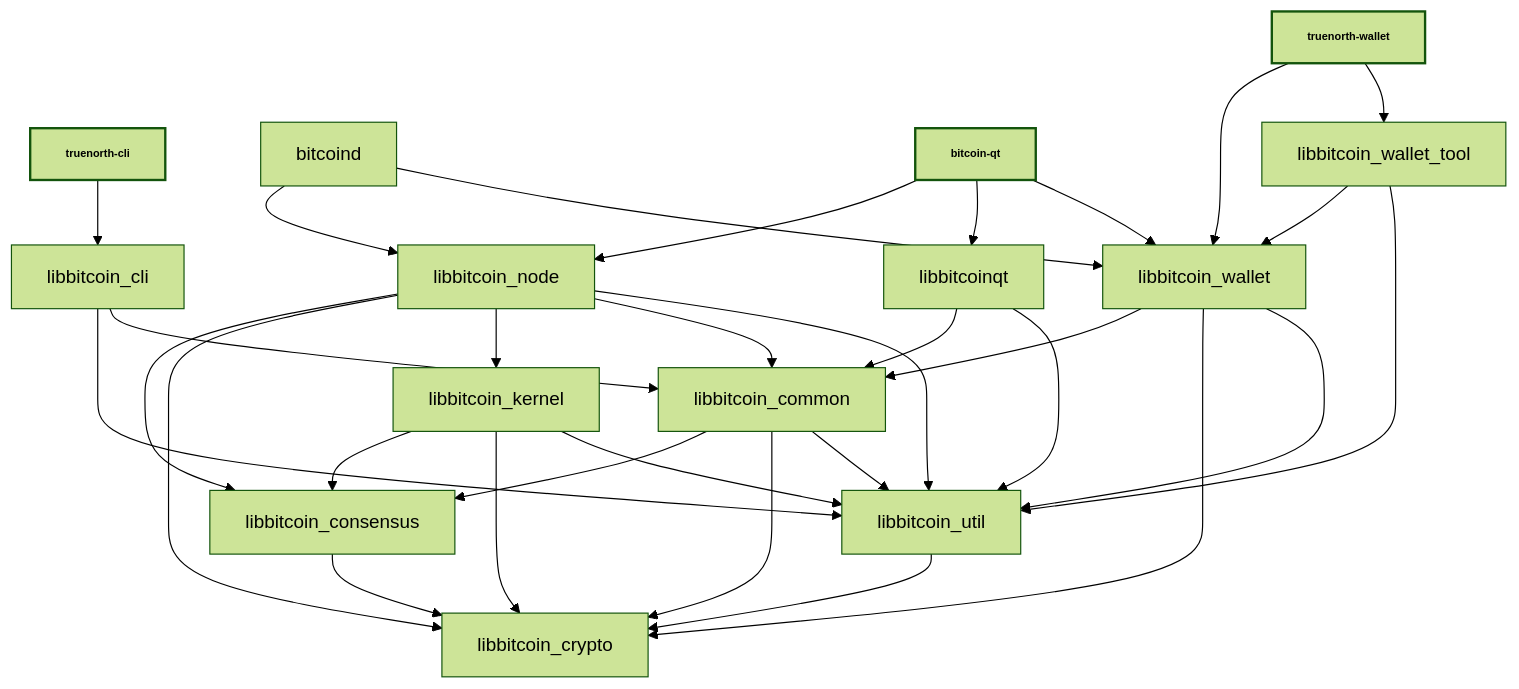
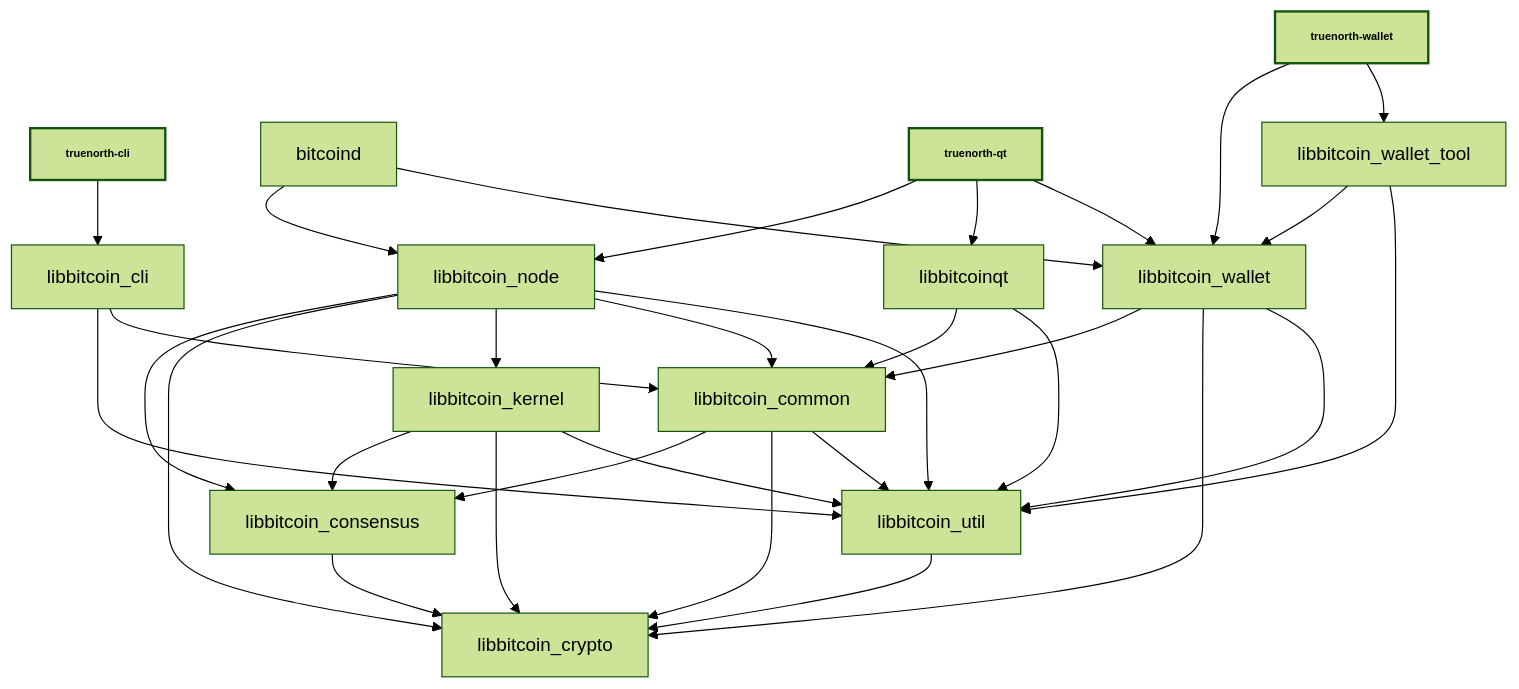
The diagram in doc/design/libraries.md (truenorth-project/truenorth), drawn with Mermaid (forest theme) before and after one commit. The commit also changed other lines of this file and 42 other files, not shown here.

````diff
--- a/doc/design/libraries.md
+++ b/doc/design/libraries.md
@@ -36,52 +36,52 @@
 ```mermaid
 
 %%{ init : { "flowchart" : { "curve" : "basis" }}}%%
 
 graph TD;
 
 truenorth-cli[truenorth-cli]-->libbitcoin_cli;
 
 truenorthd[bitcoind]-->libbitcoin_node;
 truenorthd[bitcoind]-->libbitcoin_wallet;
 
-bitcoin-qt[bitcoin-qt]-->libbitcoin_node;
-bitcoin-qt[bitcoin-qt]-->libbitcoinqt;
-bitcoin-qt[bitcoin-qt]-->libbitcoin_wallet;
+truenorth-qt[truenorth-qt]-->libbitcoin_node;
+truenorth-qt[truenorth-qt]-->libbitcoinqt;
+truenorth-qt[truenorth-qt]-->libbitcoin_wallet;
 
 truenorth-wallet[truenorth-wallet]-->libbitcoin_wallet;
 truenorth-wallet[truenorth-wallet]-->libbitcoin_wallet_tool;
 
 libbitcoin_cli-->libbitcoin_util;
 libbitcoin_cli-->libbitcoin_common;
 
 libbitcoin_consensus-->libbitcoin_crypto;
 
 libbitcoin_common-->libbitcoin_consensus;
 libbitcoin_common-->libbitcoin_crypto;
 libbitcoin_common-->libbitcoin_util;
 
 libbitcoin_kernel-->libbitcoin_consensus;
 libbitcoin_kernel-->libbitcoin_crypto;
 libbitcoin_kernel-->libbitcoin_util;
 
 libbitcoin_node-->libbitcoin_consensus;
 libbitcoin_node-->libbitcoin_crypto;
 libbitcoin_node-->libbitcoin_kernel;
 libbitcoin_node-->libbitcoin_common;
 libbitcoin_node-->libbitcoin_util;
 
 libbitcoinqt-->libbitcoin_common;
 libbitcoinqt-->libbitcoin_util;
 
 libbitcoin_util-->libbitcoin_crypto;
 
 libbitcoin_wallet-->libbitcoin_common;
 libbitcoin_wallet-->libbitcoin_crypto;
 libbitcoin_wallet-->libbitcoin_util;
 
 libbitcoin_wallet_tool-->libbitcoin_wallet;
 libbitcoin_wallet_tool-->libbitcoin_util;
 
 classDef bold stroke-width:2px, font-weight:bold, font-size: smaller;
-class bitcoin-qt,bitcoind,truenorth-cli,truenorth-wallet bold
+class truenorth-qt,bitcoind,truenorth-cli,truenorth-wallet bold
 ```
````
